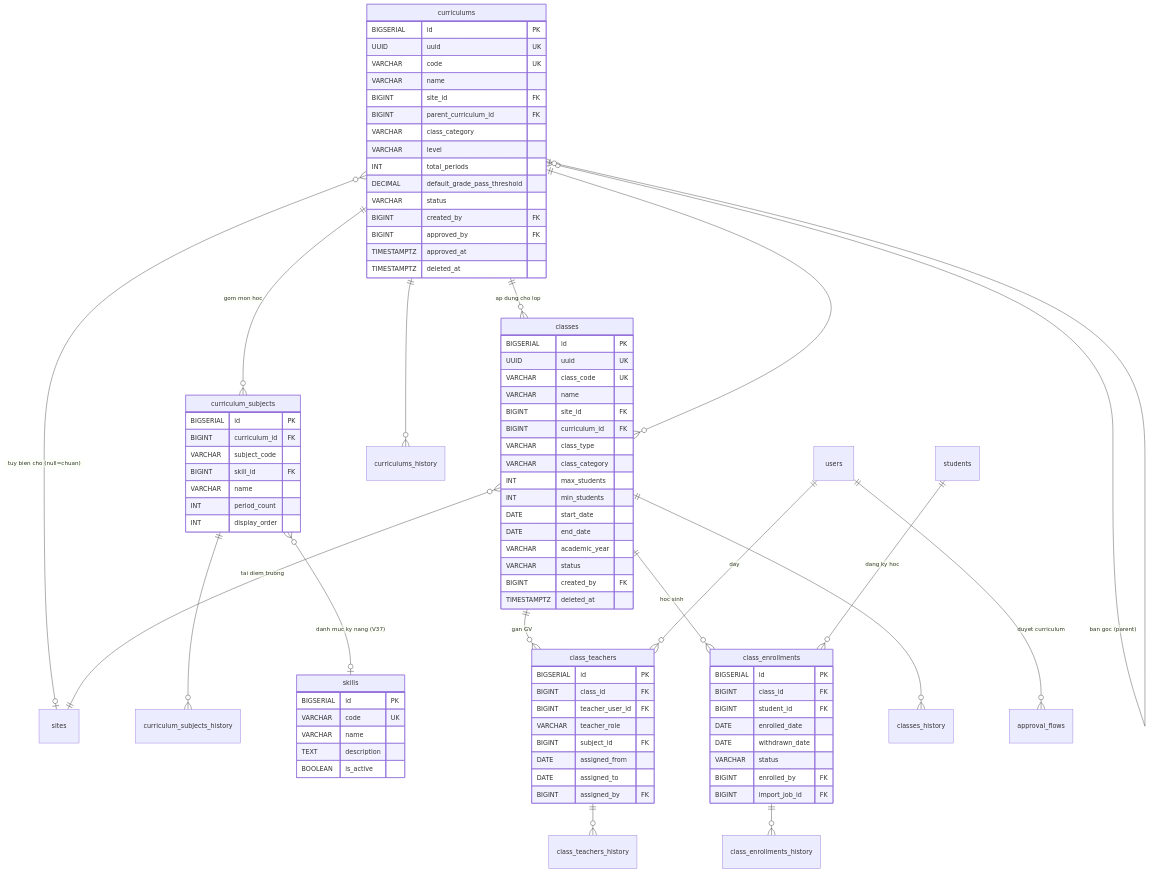
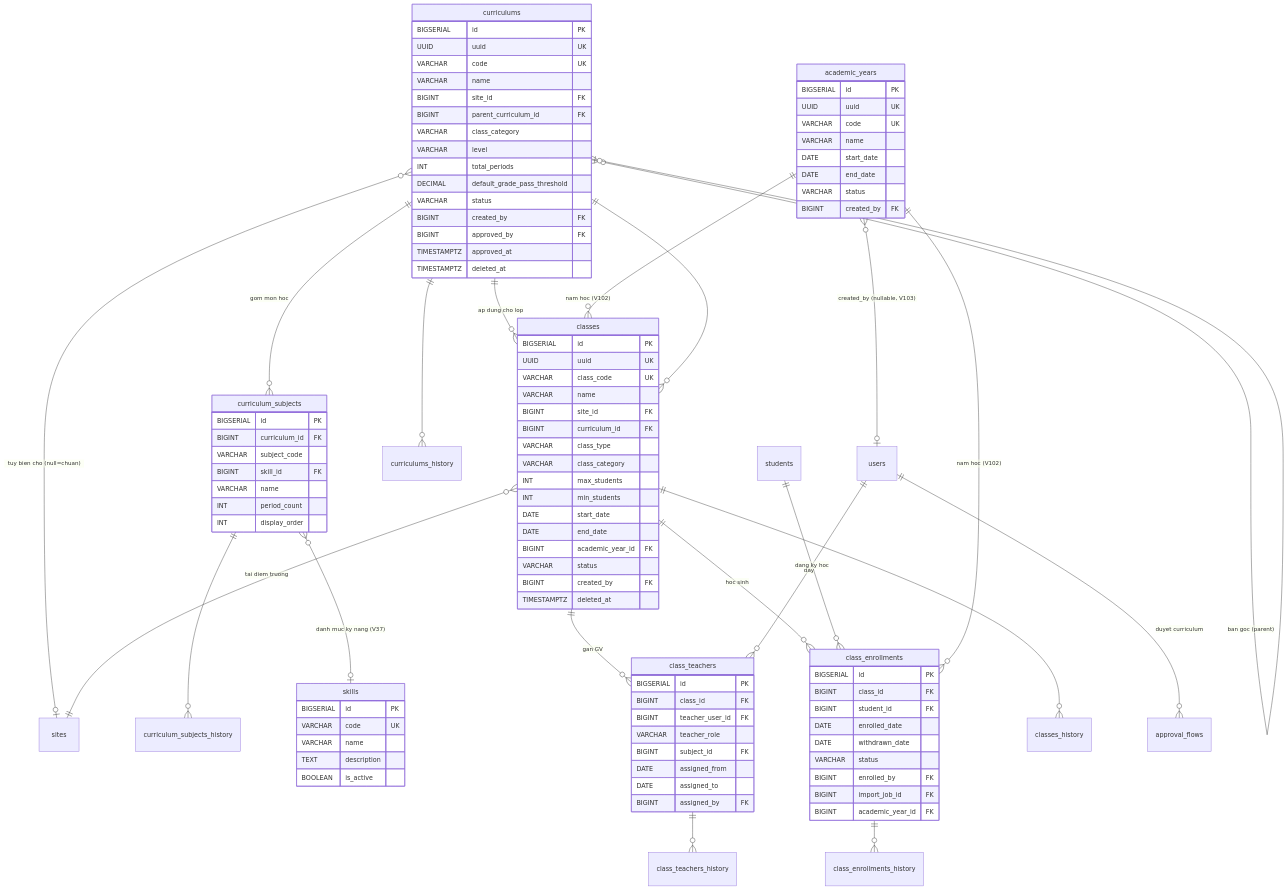
Before and after one commit to langtuananh2424/pps-education: the diagram in docs/diagrams/erd/ERD-Nhom5A-KhungChuongTrinh.mmd, drawn with Mermaid. The commit also changed 19 other files, not shown here.

```diff
--- a/docs/diagrams/erd/ERD-Nhom5A-KhungChuongTrinh.mmd
+++ b/docs/diagrams/erd/ERD-Nhom5A-KhungChuongTrinh.mmd
@@ -1,99 +1,115 @@
 erDiagram
     curriculums ||--o{ curriculum_subjects : "gom mon hoc"
     curriculums ||--o{ classes : "ap dung cho lop"
     curriculums ||--o{ curriculums_history : ""
     curriculums }o--o| sites : "tuy bien cho (null=chuan)"
     curriculums }o--o| curriculums : "ban goc (parent)"
 
     curriculum_subjects ||--o{ curriculum_subjects_history : ""
     curriculum_subjects }o--o| skills : "danh muc ky nang (V37)"
 
     classes ||--o{ class_teachers : "gan GV"
     classes ||--o{ class_enrollments : "hoc sinh"
     classes }o--|| sites : "tai diem truong"
     classes }o--|| curriculums : ""
     classes ||--o{ classes_history : ""
 
     users ||--o{ class_teachers : "day"
     students ||--o{ class_enrollments : "dang ky hoc"
     class_teachers ||--o{ class_teachers_history : ""
     class_enrollments ||--o{ class_enrollments_history : ""
 
     users ||--o{ approval_flows : "duyet curriculum"
+
+    academic_years ||--o{ classes : "nam hoc (V102)"
+    academic_years ||--o{ class_enrollments : "nam hoc (V102)"
+    academic_years }o--o| users : "created_by (nullable, V103)"
+
+    academic_years {
+        BIGSERIAL id PK
+        UUID uuid UK
+        VARCHAR code UK
+        VARCHAR name
+        DATE start_date
+        DATE end_date
+        VARCHAR status
+        BIGINT created_by FK
+    }
 
     curriculums {
         BIGSERIAL id PK
         UUID uuid UK
         VARCHAR code UK
         VARCHAR name
         BIGINT site_id FK
         BIGINT parent_curriculum_id FK
         VARCHAR class_category
         VARCHAR level
         INT total_periods
         DECIMAL default_grade_pass_threshold
         VARCHAR status
         BIGINT created_by FK
         BIGINT approved_by FK
         TIMESTAMPTZ approved_at
         TIMESTAMPTZ deleted_at
     }
 
     curriculum_subjects {
         BIGSERIAL id PK
         BIGINT curriculum_id FK
         VARCHAR subject_code
         BIGINT skill_id FK
         VARCHAR name
         INT period_count
         INT display_order
     }
 
     skills {
         BIGSERIAL id PK
         VARCHAR code UK
         VARCHAR name
         TEXT description
         BOOLEAN is_active
     }
 
     classes {
         BIGSERIAL id PK
         UUID uuid UK
         VARCHAR class_code UK
         VARCHAR name
         BIGINT site_id FK
         BIGINT curriculum_id FK
         VARCHAR class_type
         VARCHAR class_category
         INT max_students
         INT min_students
         DATE start_date
         DATE end_date
-        VARCHAR academic_year
+        BIGINT academic_year_id FK
         VARCHAR status
         BIGINT created_by FK
         TIMESTAMPTZ deleted_at
     }
 
     class_teachers {
         BIGSERIAL id PK
         BIGINT class_id FK
         BIGINT teacher_user_id FK
         VARCHAR teacher_role
         BIGINT subject_id FK
         DATE assigned_from
         DATE assigned_to
         BIGINT assigned_by FK
     }
 
     class_enrollments {
         BIGSERIAL id PK
         BIGINT class_id FK
         BIGINT student_id FK
         DATE enrolled_date
         DATE withdrawn_date
         VARCHAR status
         BIGINT enrolled_by FK
         BIGINT import_job_id FK
+        BIGINT academic_year_id FK
     }
```
